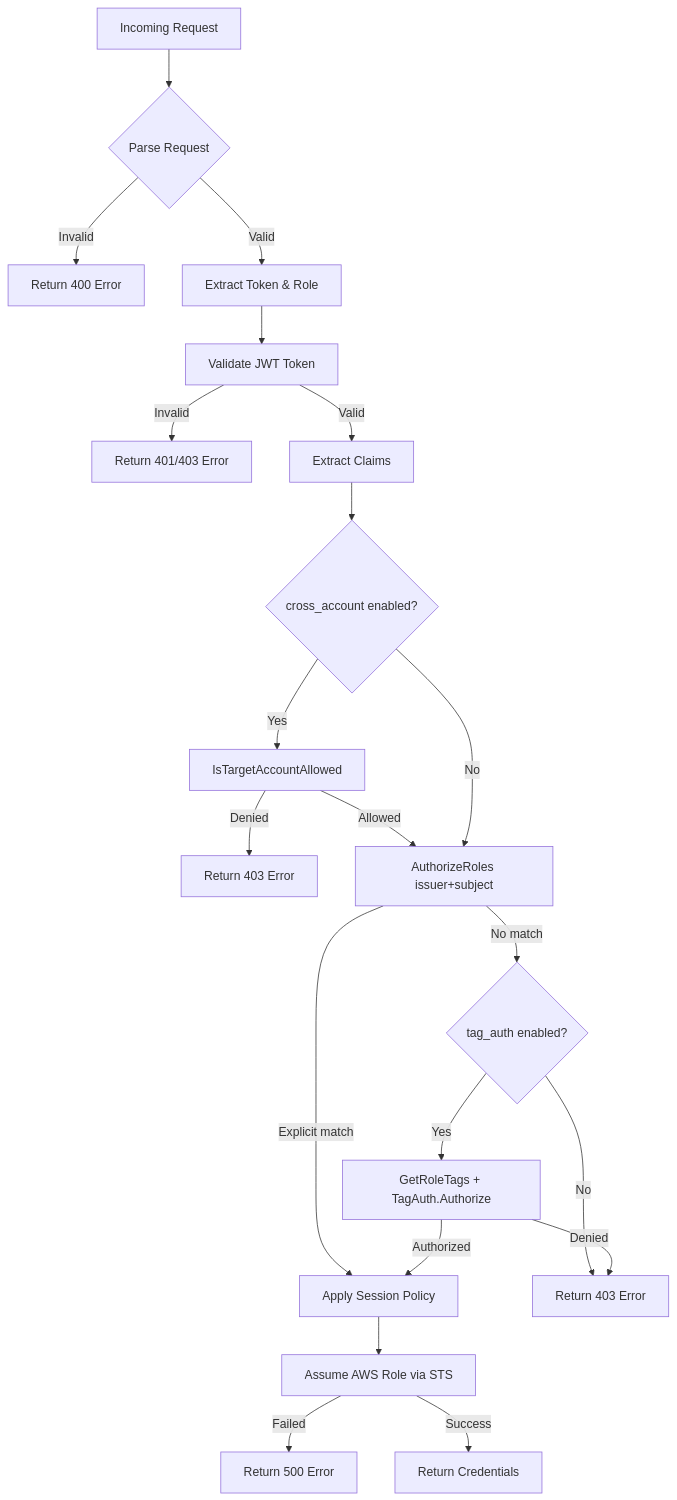
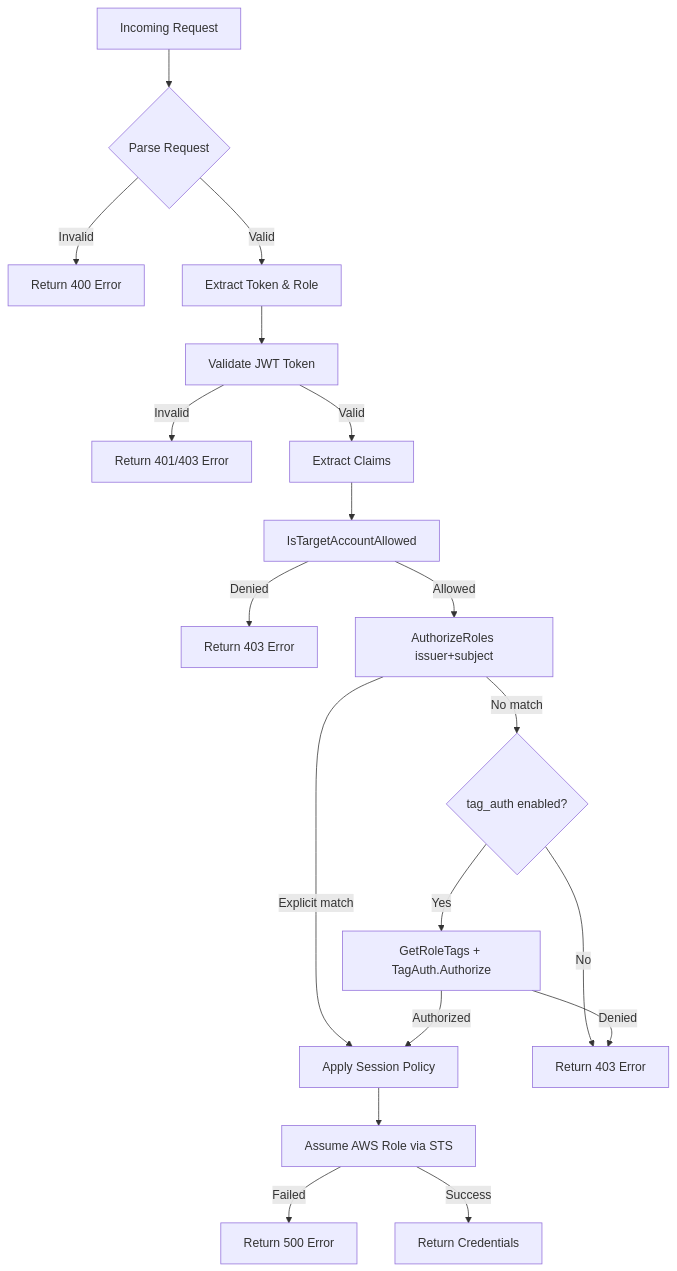
One commit to boogy/aws-oidc-warden changed the third of 7 diagrams in docs/ARCHITECTURE.md. Above: the diagram before and after it, drawn with Mermaid. The commit also changed other lines of this file and 122 other files, not shown here.

````diff
--- a/docs/ARCHITECTURE.md
+++ b/docs/ARCHITECTURE.md
@@ -381,27 +399,25 @@
 ```mermaid
 flowchart TD
     A[Incoming Request] --> B{Parse Request}
     B -->|Invalid| C[Return 400 Error]
     B -->|Valid| D[Extract Token & Role]
 
     D --> E[Validate JWT Token]
     E -->|Invalid| F[Return 401/403 Error]
     E -->|Valid| G[Extract Claims]
 
-    G --> GA{cross_account enabled?}
-    GA -->|Yes| GB[IsTargetAccountAllowed]
+    G --> GB[IsTargetAccountAllowed]
     GB -->|Denied| GC[Return 403 Error]
     GB -->|Allowed| H[AuthorizeRoles issuer+subject]
-    GA -->|No| H
 
     H -->|Explicit match| N[Apply Session Policy]
     H -->|No match| HA{tag_auth enabled?}
     HA -->|No| I[Return 403 Error]
     HA -->|Yes| HB[GetRoleTags + TagAuth.Authorize]
     HB -->|Denied| I[Return 403 Error]
     HB -->|Authorized| N
 
     N --> O[Assume AWS Role via STS]
     O -->|Failed| P[Return 500 Error]
     O -->|Success| Q[Return Credentials]
 ```
````
